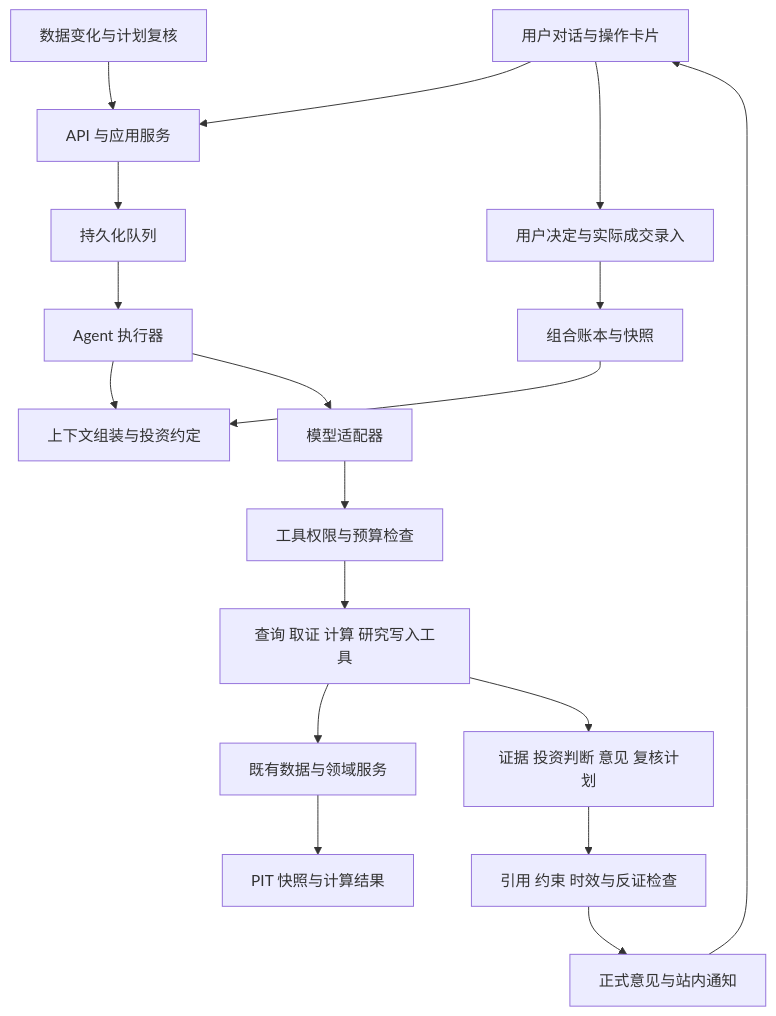
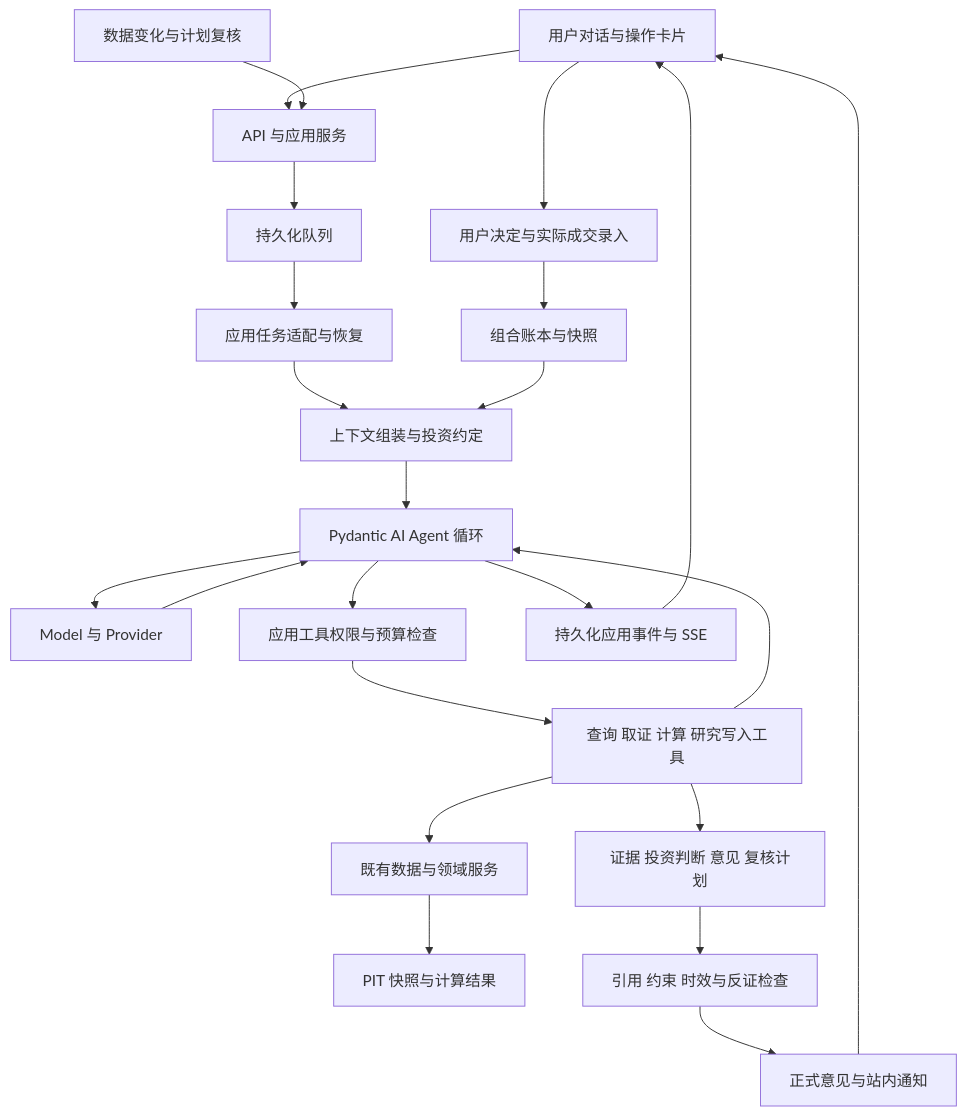
One commit to zclaudia/zcharlie changed the diagram in docs/product/investor-agent-architecture.md. Above: the diagram before and after it, drawn with Mermaid. The commit also changed other lines of this file and 95 other files, not shown here.

````diff
--- a/docs/product/investor-agent-architecture.md
+++ b/docs/product/investor-agent-architecture.md
@@ -27,20 +48,25 @@
 ```mermaid
 flowchart TD
     U[用户对话与操作卡片] --> API[API 与应用服务]
     E[数据变化与计划复核] --> API
     API --> Q[持久化队列]
-    Q --> R[Agent 执行器]
+    Q --> R[应用任务适配与恢复]
     R --> C[上下文组装与投资约定]
-    R --> L[模型适配器]
-    L --> G[工具权限与预算检查]
+    C --> A[Pydantic AI Agent 循环]
+    A --> L[Model 与 Provider]
+    L --> A
+    A --> G[应用工具权限与预算检查]
     G --> T[查询 取证 计算 研究写入工具]
+    T --> A
     T --> D[既有数据与领域服务]
     D --> P[PIT 快照与计算结果]
     T --> K[证据 投资判断 意见 复核计划]
     K --> V[引用 约束 时效与反证检查]
     V --> O[正式意见与站内通知]
     O --> U
+    A --> S[持久化应用事件与 SSE]
+    S --> U
     U --> J[用户决定与实际成交录入]
     J --> H[组合账本与快照]
     H --> C
 ```
````
